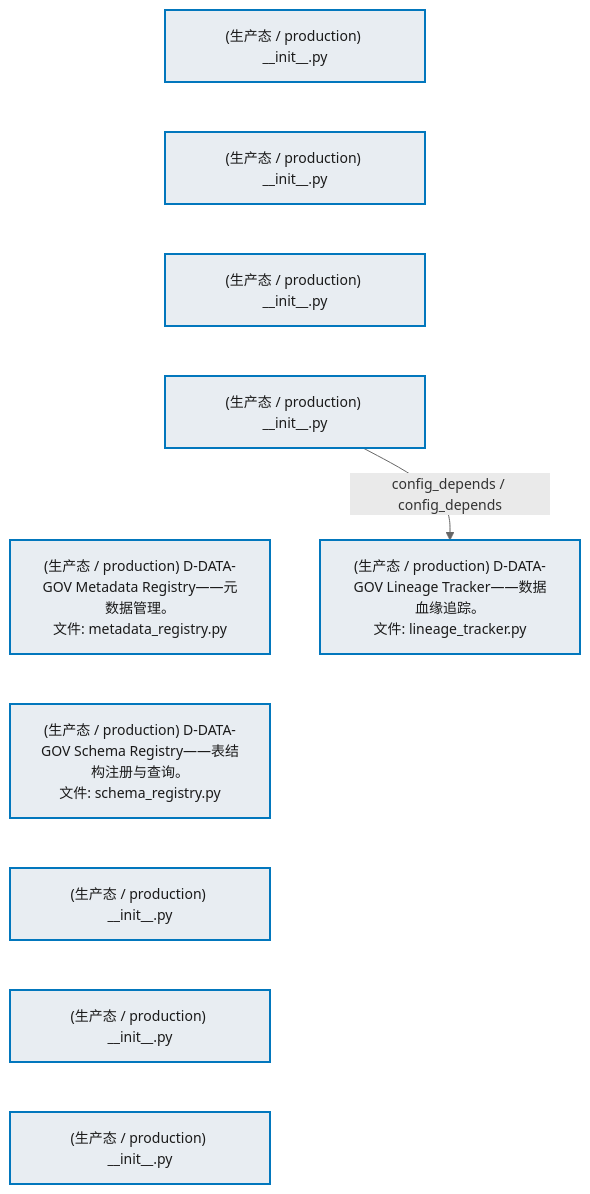
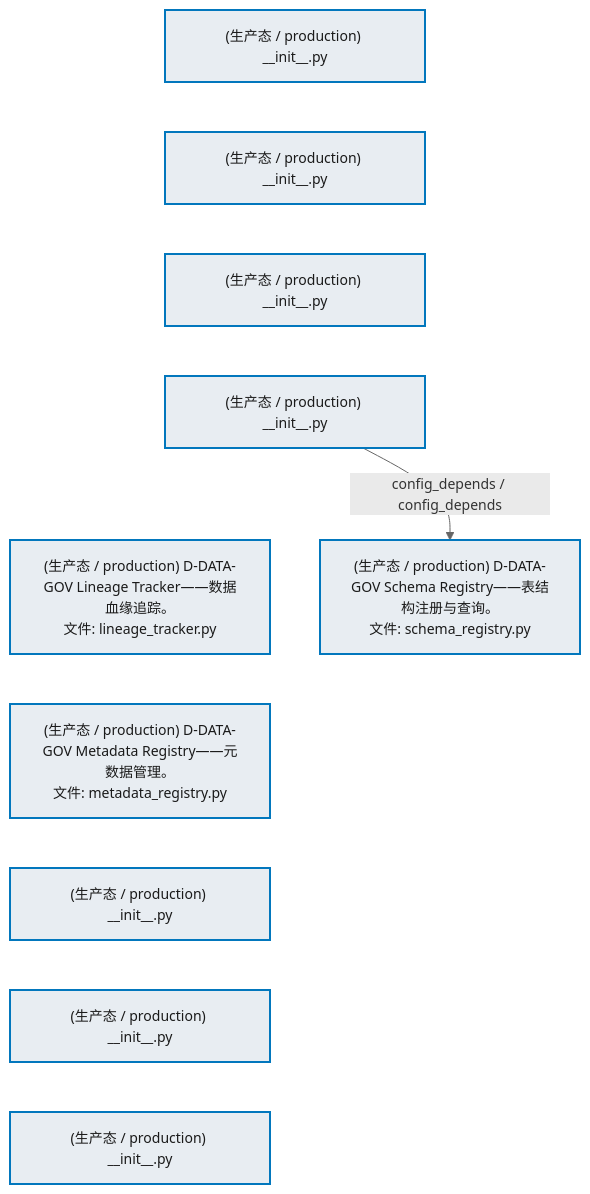
One commit to xuanFelixVan/ZephyrAlpha changed the first of 2 diagrams in docs/02_enterprise_architecture/02_domain_architecture_docs/13_d_data_gov.md. Above: the diagram before and after it, drawn with Mermaid. The commit also changed other lines of this file and 45 other files, not shown here.

````diff
--- a/docs/02_enterprise_architecture/02_domain_architecture_docs/13_d_data_gov.md
+++ b/docs/02_enterprise_architecture/02_domain_architecture_docs/13_d_data_gov.md
@@ -70,28 +70,28 @@
 ```mermaid
 %%{init: {'theme': 'base', 'themeVariables': {'primaryColor': '#eaeaea', 'primaryTextColor': '#333333', 'primaryBorderColor': '#666666', 'lineColor': '#666666', 'secondaryColor': '#eaeaea', 'tertiaryColor': '#eaeaea', 'fontSize': '14px'}}}%%
 flowchart TD
     src_zephyr_data_governance_init_py["(生产态 / production) __init__.py"]
     src_zephyr_data_governance_extensions_init_py["(生产态 / production) __init__.py"]
     src_zephyr_data_governance_api_init_py["(生产态 / production) __init__.py"]
     src_zephyr_data_governance_core_init_py["(生产态 / production) __init__.py"]
+    src_zephyr_data_governance_core_lineage_tracker_py["(生产态 / production) D-DATA-GOV Lineage Tracker——数据血缘追踪。<br/>文件: lineage_tracker.py"]
     src_zephyr_data_governance_core_metadata_registry_py["(生产态 / production) D-DATA-GOV Metadata Registry——元数据管理。<br/>文件: metadata_registry.py"]
-    src_zephyr_data_governance_core_schema_registry_py["(生产态 / production) D-DATA-GOV Schema Registry——表结构注册与查询。<br/>文件: schema_registry.py"]
     src_zephyr_data_governance_infrastructure_init_py["(生产态 / production) __init__.py"]
     src_zephyr_data_governance_models_init_py["(生产态 / production) __init__.py"]
     src_zephyr_data_governance_services_init_py["(生产态 / production) __init__.py"]
     src_zephyr_data_governance_init_py ~~~ src_zephyr_data_governance_extensions_init_py
     src_zephyr_data_governance_extensions_init_py ~~~ src_zephyr_data_governance_api_init_py
     src_zephyr_data_governance_api_init_py ~~~ src_zephyr_data_governance_core_init_py
-    src_zephyr_data_governance_core_init_py ~~~ src_zephyr_data_governance_core_metadata_registry_py
-    src_zephyr_data_governance_core_metadata_registry_py ~~~ src_zephyr_data_governance_core_schema_registry_py
-    src_zephyr_data_governance_core_schema_registry_py ~~~ src_zephyr_data_governance_infrastructure_init_py
+    src_zephyr_data_governance_core_init_py ~~~ src_zephyr_data_governance_core_lineage_tracker_py
+    src_zephyr_data_governance_core_lineage_tracker_py ~~~ src_zephyr_data_governance_core_metadata_registry_py
+    src_zephyr_data_governance_core_metadata_registry_py ~~~ src_zephyr_data_governance_infrastructure_init_py
     src_zephyr_data_governance_infrastructure_init_py ~~~ src_zephyr_data_governance_models_init_py
     src_zephyr_data_governance_models_init_py ~~~ src_zephyr_data_governance_services_init_py
-    src_zephyr_data_governance_core_lineage_tracker_py["(生产态 / production) D-DATA-GOV Lineage Tracker——数据血缘追踪。<br/>文件: lineage_tracker.py"]
-    src_zephyr_data_governance_core_init_py -->|config_depends / config_depends| src_zephyr_data_governance_core_lineage_tracker_py
+    src_zephyr_data_governance_core_schema_registry_py["(生产态 / production) D-DATA-GOV Schema Registry——表结构注册与查询。<br/>文件: schema_registry.py"]
+    src_zephyr_data_governance_core_init_py -->|config_depends / config_depends| src_zephyr_data_governance_core_schema_registry_py
     classDef production fill:#e8edf2,stroke:#0277bd,stroke-width:2px,color:#1a1a1a
     classDef design fill:#f0ebe3,stroke:#bf360c,stroke-width:2px,color:#1a1a1a,stroke-dasharray: 5 5
     classDef external_prod fill:#e8efe9,stroke:#1b5e20,stroke-width:1px,color:#1a1a1a
     classDef external_design fill:#efe5ea,stroke:#880e4f,stroke-width:1px,color:#1a1a1a,stroke-dasharray: 5 5
     class src_zephyr_data_governance_init_py,src_zephyr_data_governance_extensions_init_py,src_zephyr_data_governance_api_init_py,src_zephyr_data_governance_core_init_py,src_zephyr_data_governance_core_lineage_tracker_py,src_zephyr_data_governance_core_metadata_registry_py,src_zephyr_data_governance_core_schema_registry_py,src_zephyr_data_governance_infrastructure_init_py,src_zephyr_data_governance_models_init_py,src_zephyr_data_governance_services_init_py production
 ```
````
